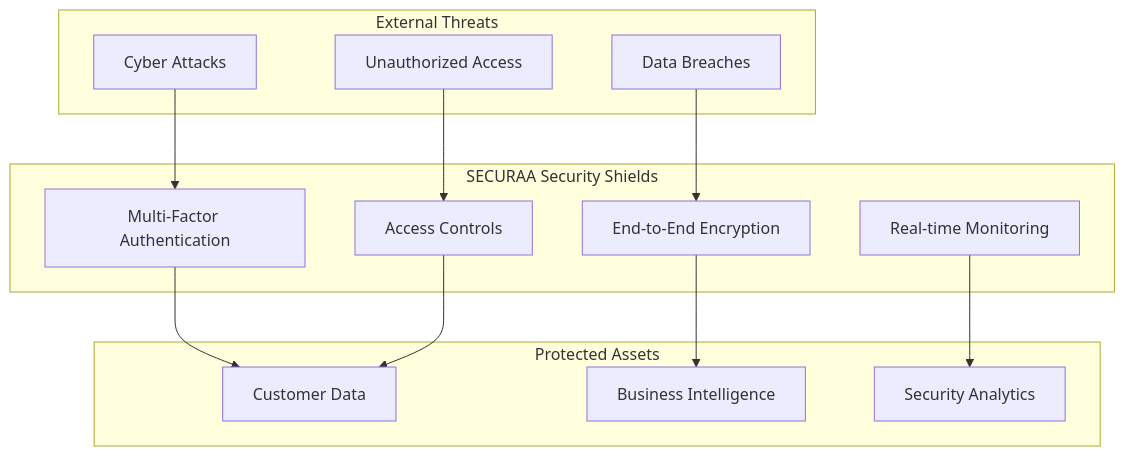
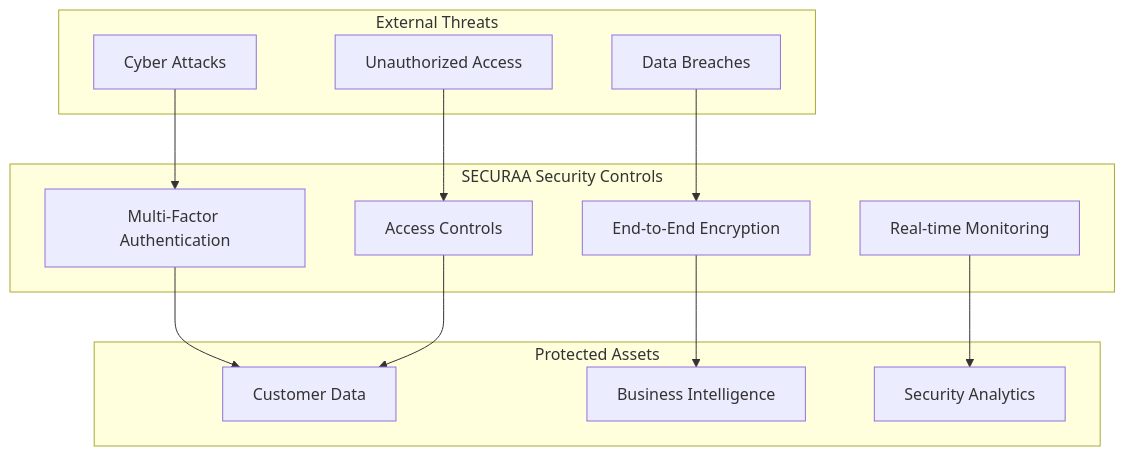
The first of 6 diagrams in secura-customer-security-documentation.md (Vishwa0220/securaa-internal-documents), drawn with Mermaid before and after one commit. The commit also changed other lines of this file, not shown here.

Commit message:
added security document

````diff
--- a/secura-customer-security-documentation.md
+++ b/secura-customer-security-documentation.md
@@ -44,29 +44,29 @@
 ```mermaid
 graph TB
     subgraph "External Threats"
         A[Cyber Attacks] 
         B[Data Breaches]
         C[Unauthorized Access]
     end
     
-    subgraph "SECURAA Security Shields"
+    subgraph "SECURAA Security Controls"
         D[Multi-Factor Authentication]
         E[End-to-End Encryption]
         F[Real-time Monitoring]
         G[Access Controls]
     end
     
     subgraph "Protected Assets"
         H[Customer Data]
         I[Business Intelligence]
         J[Security Analytics]
     end
     
     A --> D
     B --> E
     C --> G
     D --> H
     E --> I
     F --> J
     G --> H
 ```
````
